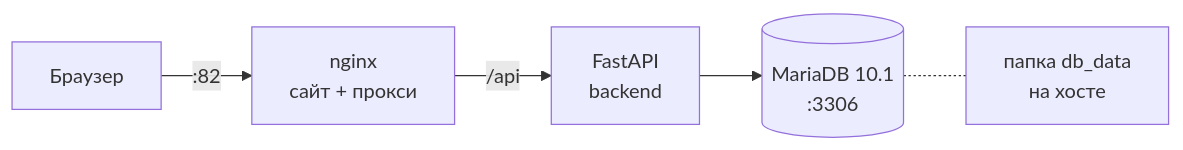
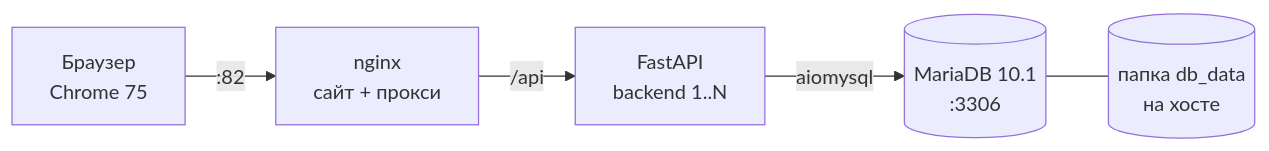
The diagram in README.md (lkopik/Motiv-Case), drawn with Mermaid before and after one commit. The commit also changed other lines of this file and 3 other files, not shown here.

````diff
--- a/README.md
+++ b/README.md
@@ -105,7 +156,7 @@
 ```mermaid
 flowchart LR
-    U[Браузер] -->|:82| N[nginx<br/>сайт + прокси]
-    N -->|/api| B[FastAPI<br/>backend]
-    B --> D[(MariaDB 10.1<br/>:3306)]
-    D -.- H[папка db_data<br/>на хосте]
+    U[Браузер<br/>Chrome 75] -->|:82| N[nginx<br/>сайт + прокси]
+    N -->|/api| B[FastAPI<br/>backend 1..N]
+    B -->|aiomysql| D[(MariaDB 10.1<br/>:3306)]
+    D --- H[(папка db_data<br/>на хосте)]
 ```
````
